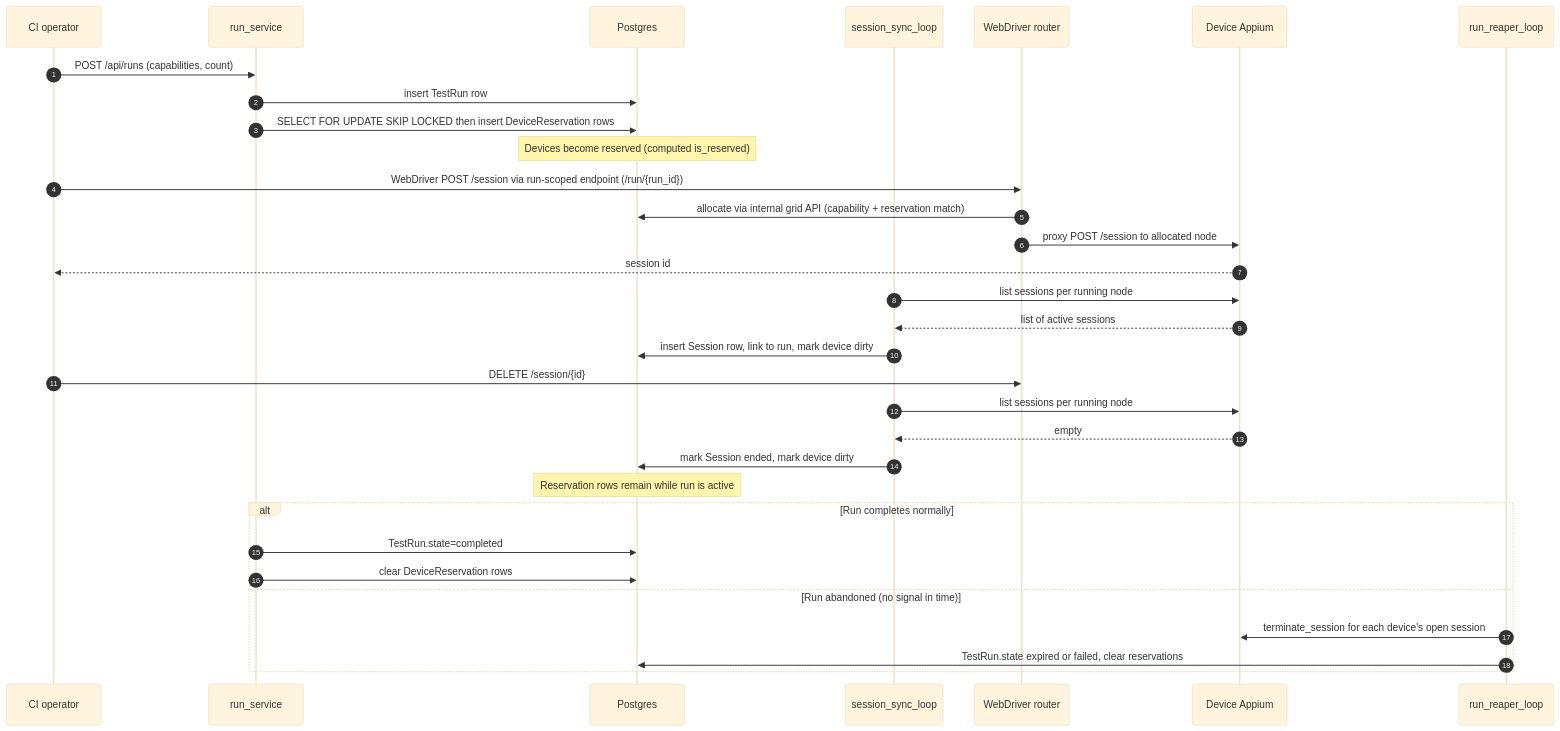
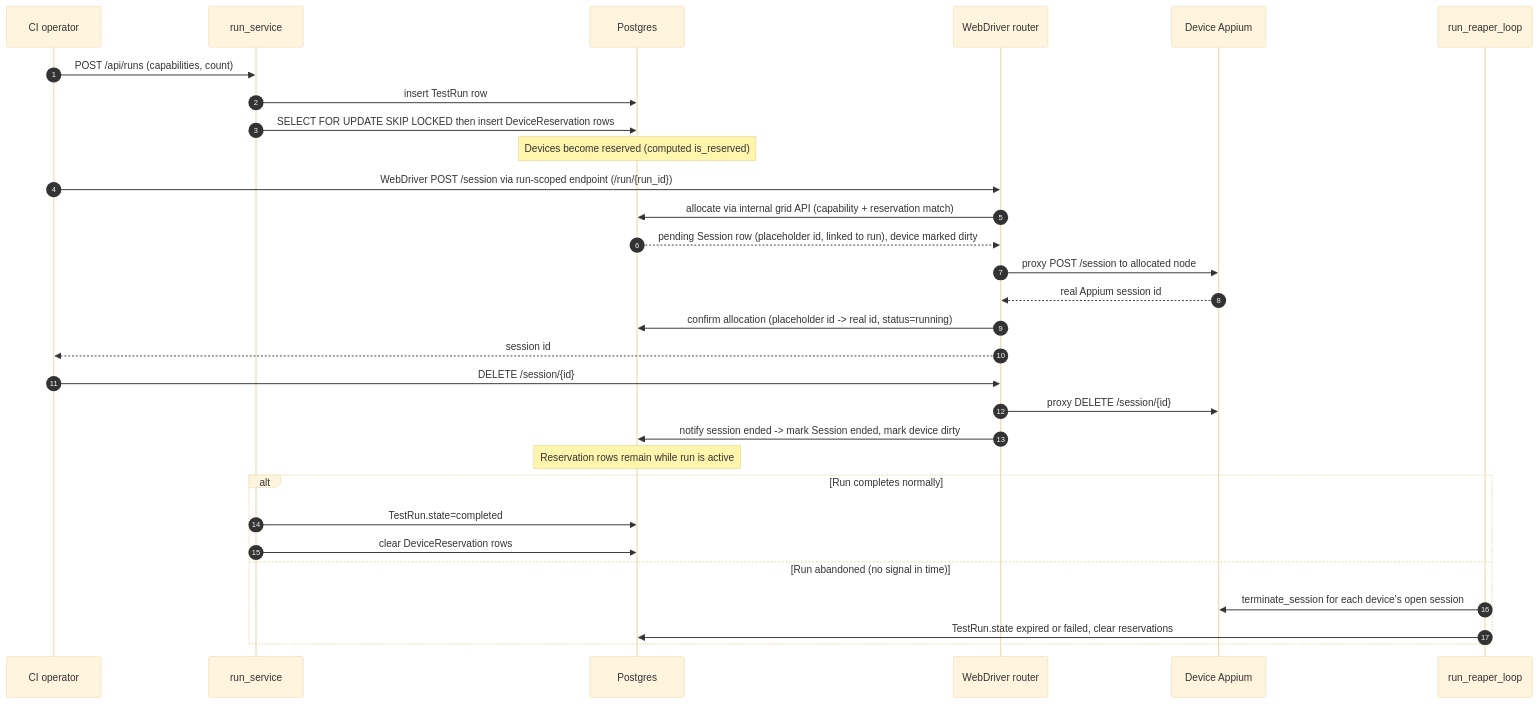
Before and after one commit to quidow/gridfleet: the second of 2 diagrams in docs/design/05-allocation-ports-sessions.md, drawn with Mermaid (base theme). The commit also changed other lines of this file and 5 other files, not shown here.

````diff
--- a/docs/design/05-allocation-ports-sessions.md
+++ b/docs/design/05-allocation-ports-sessions.md
@@ -124,36 +126,34 @@
 ```mermaid
 sequenceDiagram
     autonumber
     participant Client as CI operator
     participant Run as run_service
     participant Pg as Postgres
-    participant Sync as session_sync_loop
     participant Router as WebDriver router
     participant Appium as Device Appium
     participant Reaper as run_reaper_loop
 
     Client->>Run: POST /api/runs (capabilities, count)
     Run->>Pg: insert TestRun row
     Run->>Pg: SELECT FOR UPDATE SKIP LOCKED then insert DeviceReservation rows
     Note over Pg: Devices become reserved (computed is_reserved)
     Client->>Router: WebDriver POST /session via run-scoped endpoint (/run/{run_id})
     Router->>Pg: allocate via internal grid API (capability + reservation match)
+    Pg-->>Router: pending Session row (placeholder id, linked to run), device marked dirty
     Router->>Appium: proxy POST /session to allocated node
-    Appium-->>Client: session id
-    Sync->>Appium: list sessions per running node
-    Appium-->>Sync: list of active sessions
-    Sync->>Pg: insert Session row, link to run, mark device dirty
+    Appium-->>Router: real Appium session id
+    Router->>Pg: confirm allocation (placeholder id -> real id, status=running)
+    Router-->>Client: session id
     Client->>Router: DELETE /session/{id}
-    Sync->>Appium: list sessions per running node
-    Appium-->>Sync: empty
-    Sync->>Pg: mark Session ended, mark device dirty
+    Router->>Appium: proxy DELETE /session/{id}
+    Router->>Pg: notify session ended -> mark Session ended, mark device dirty
     Note over Pg: Reservation rows remain while run is active
 
     alt Run completes normally
       Run->>Pg: TestRun.state=completed
       Run->>Pg: clear DeviceReservation rows
     else Run abandoned (no signal in time)
       Reaper->>Appium: terminate_session for each device's open session
       Reaper->>Pg: TestRun.state expired or failed, clear reservations
     end
 ```
````
